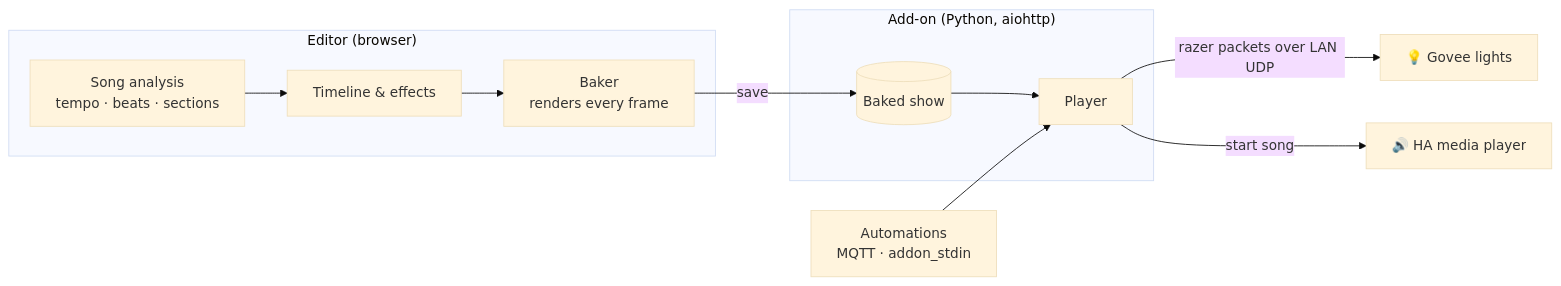
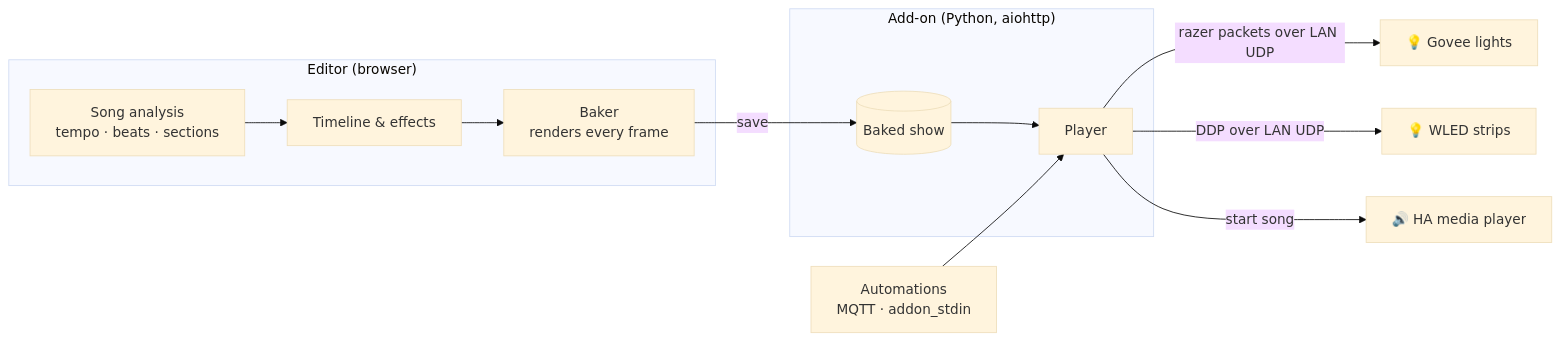
Before and after one commit to gavin-vbmedia/govee-ha-show: the diagram in README.md, drawn with Mermaid (base theme). The commit also changed other lines of this file and 14 other files, not shown here.

````diff
--- a/README.md
+++ b/README.md
@@ -145,14 +147,15 @@
 ```mermaid
 flowchart LR
     subgraph Browser["Editor (browser)"]
         A[Song analysis<br/>tempo · beats · sections] --> B[Timeline &amp; effects]
         B --> C[Baker<br/>renders every frame]
     end
     subgraph Addon["Add-on (Python, aiohttp)"]
         D[(Baked show)] --> E[Player]
     end
     C -- save --> D
     E -- "razer packets over LAN UDP" --> F[💡 Govee lights]
+    E -- "DDP over LAN UDP" --> W[💡 WLED strips]
     E -- "start song" --> G[🔊 HA media player]
     H[Automations<br/>MQTT · addon_stdin] --> E
 ```
````
